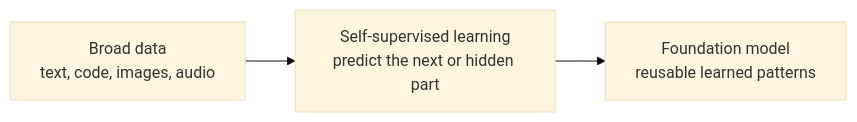
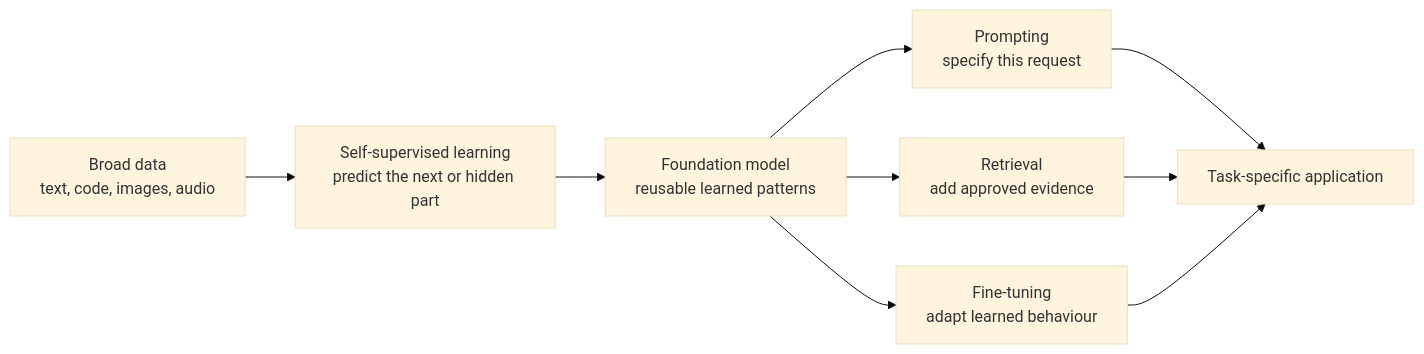
The first of 6 diagrams in markdown/01-generative-ai.md (gksoriginals/lbs-full-stack-ai), drawn with Mermaid (base theme) before and after one commit. The commit also changed other lines of this file and 12 other files, not shown here.

````diff
--- a/markdown/01-generative-ai.md
+++ b/markdown/01-generative-ai.md
@@ -54,5 +68,11 @@
 ```mermaid
 flowchart LR
   D["Broad data\ntext, code, images, audio"] --> S["Self-supervised learning\npredict the next or hidden part"]
   S --> F["Foundation model\nreusable learned patterns"]
+  F --> P["Prompting\nspecify this request"]
+  F --> R["Retrieval\nadd approved evidence"]
+  F --> T["Fine-tuning\nadapt learned behaviour"]
+  P --> A["Task-specific application"]
+  R --> A
+  T --> A
 ```
````
